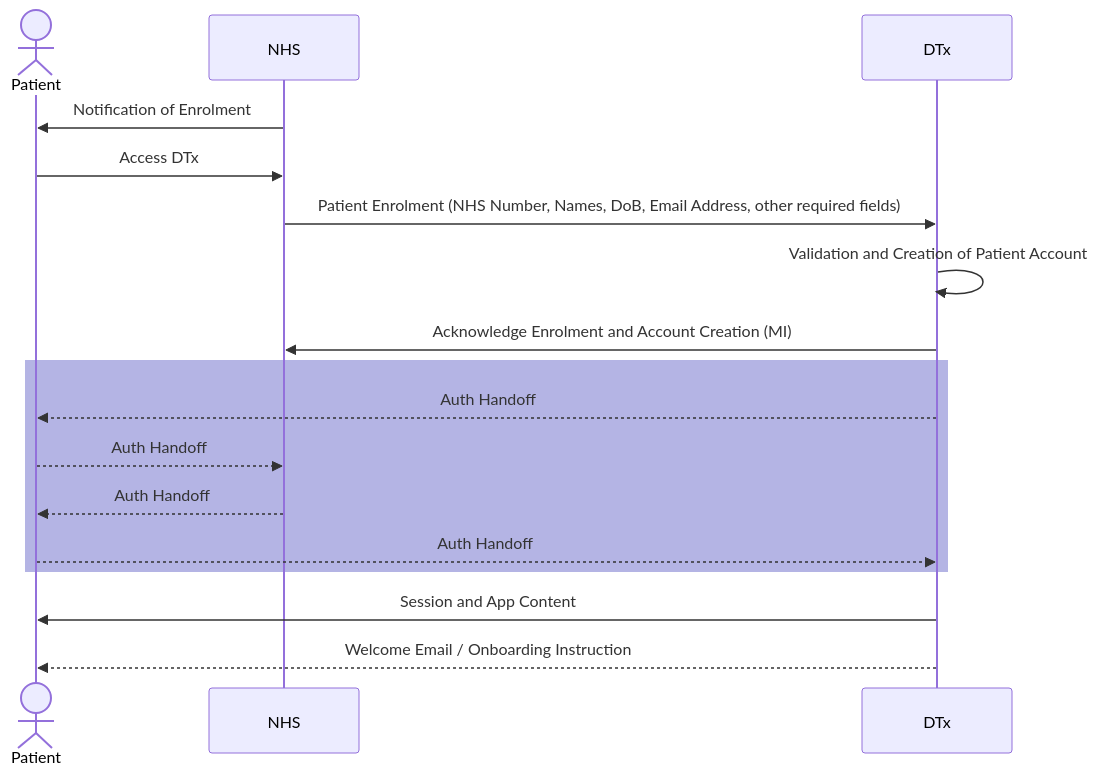
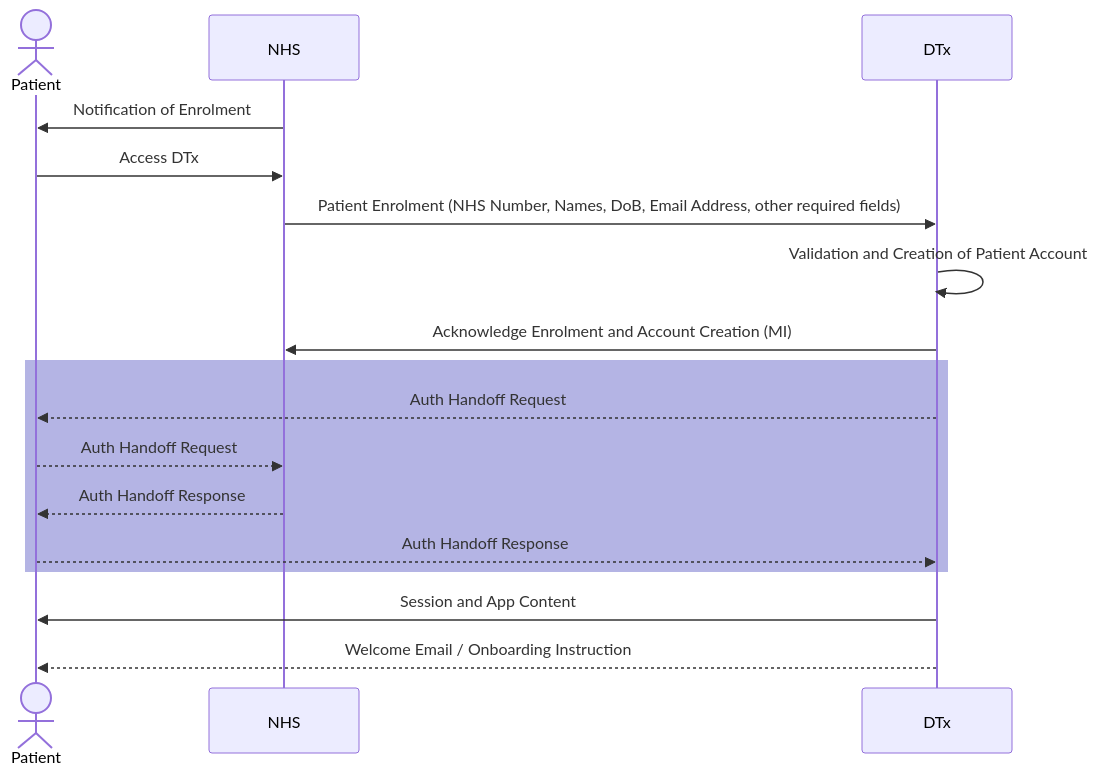
Before and after one commit to mattfellows-mmh/healthstore-dtx-supplier-integration-framework: the third of 5 diagrams in docs/dtx-enrolment-and-app-launch-sequences.md, drawn with Mermaid. The commit also changed other lines of this file, not shown here.

Commit message:
Updated the proposed pre-installed flow to match SSO as proved working on the web

````diff
--- a/docs/dtx-enrolment-and-app-launch-sequences.md
+++ b/docs/dtx-enrolment-and-app-launch-sequences.md
@@ -34,18 +34,18 @@
 ```mermaid
   sequenceDiagram
     actor Patient
     NHS->>Patient: Notification of Enrolment
     Patient->>NHS: Access DTx
     NHS->>DTx: Patient Enrolment (NHS Number, Names, DoB, Email Address, other required fields)
     DTx->>DTx: Validation and Creation of Patient Account
     DTx->>NHS: Acknowledge Enrolment and Account Creation (MI)
     rect rgb(180,180,228)
-      DTx-->>Patient: Auth Handoff
-      Patient-->>NHS: Auth Handoff
-      NHS-->>Patient: Auth Handoff
-      Patient-->>DTx: Auth Handoff
+      DTx-->>Patient: Auth Handoff Request
+      Patient-->>NHS: Auth Handoff Request
+      NHS-->>Patient: Auth Handoff Response
+      Patient-->>DTx: Auth Handoff Response
     end
     DTx->>Patient: Session and App Content
     DTx-->>Patient: Welcome Email / Onboarding Instruction
     
 ```
````
